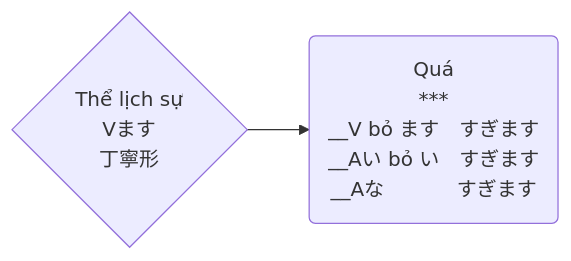
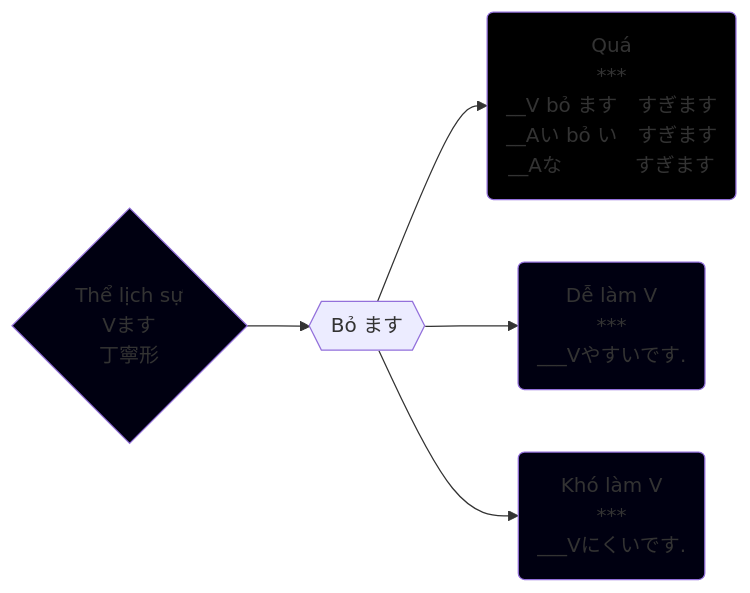
The diagram in The/丁寧形.md (tea1504/learn), drawn with Mermaid before and after one commit. The commit also changed other lines of this file and 18 other files, not shown here.

````diff
--- a/The/丁寧形.md
+++ b/The/丁寧形.md
@@ -1,6 +2,14 @@
 ```mermaid
 graph LR;
     V{Thể lịch sự\nVます\n丁寧形}
 
-    V-->qua(Quá\n***\n__V bỏ ます　すぎます\n__Aい bỏ い　すぎます\n__Aな 　　 　すぎます)
+    V-->boMasu{{Bỏ ます}}
+    boMasu-->qua(Quá\n***\n__V bỏ ます　すぎます\n__Aい bỏ い　すぎます\n__Aな 　　 　すぎます)
+    boMasu-->deLamV(Dễ làm V\n***\n___Vやすいです.)
+    boMasu-->khoLamV(Khó làm V\n***\n___Vにくいです.)
+
+    style V fill:#001
+    style qua fill:#000
+    style deLamV fill:#001
+    style khoLamV fill:#001
 ```
````
